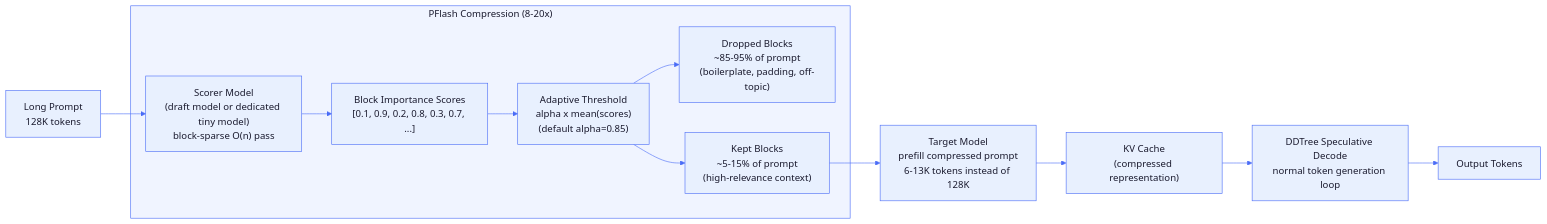
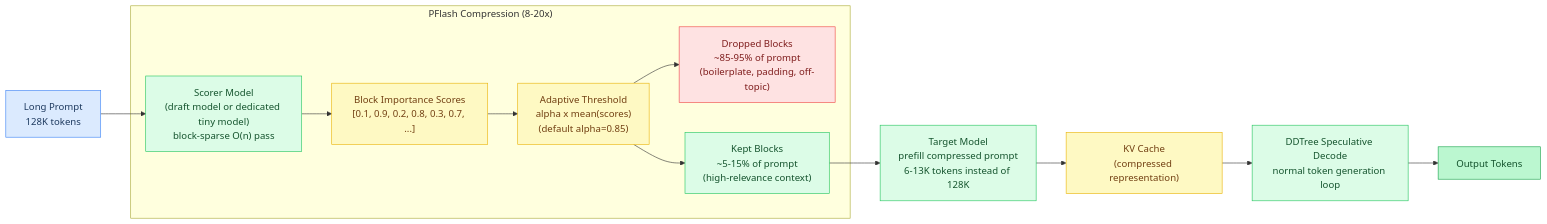
Before and after one commit to maci0/agave: the tenth of 10 diagrams in docs/tutorial/17-speculative-decoding.md, drawn with Mermaid. The commit also changed other lines of this file and 24 other files, not shown here.

First line of the commit message:
docs: convert all mermaid diagrams to classDef semantic colors

````diff
--- a/docs/tutorial/17-speculative-decoding.md
+++ b/docs/tutorial/17-speculative-decoding.md
@@ -641,43 +618,38 @@
 ```mermaid
-%%{init: {'theme': 'base', 'themeVariables': {
-  'primaryColor': '#e8f0fe',
-  'primaryTextColor': '#1a1a2e',
-  'primaryBorderColor': '#4a6cf7',
-  'lineColor': '#4a6cf7',
-  'secondaryColor': '#f0f4ff',
-  'tertiaryColor': '#f8f9ff',
-  'edgeLabelBackground': '#ffffff',
-  'clusterBkg': '#f0f4ff',
-  'clusterBorder': '#4a6cf7',
-  'titleColor': '#1a1a2e',
-  'nodeTextColor': '#1a1a2e',
-  'fontFamily': 'ui-monospace, SFMono-Regular, monospace'
-}}}%%
 flowchart LR
-    Prompt["Long Prompt\n128K tokens"]
+    classDef setup     fill:#dbeafe,stroke:#3b82f6,color:#1e3a5f
+    classDef sync      fill:#dcfce7,stroke:#22c55e,color:#14532d
+    classDef migration fill:#fef9c3,stroke:#eab308,color:#713f12
+    classDef success   fill:#bbf7d0,stroke:#16a34a,color:#14532d
+    classDef danger    fill:#fee2e2,stroke:#ef4444,color:#7f1d1d
+    classDef optional  fill:#f3e8ff,stroke:#9333ea,color:#581c87
 
-    Prompt --> Scorer["Scorer Model\n(draft model or dedicated tiny model)\nblock-sparse O(n) pass"]
+    Prompt["Long Prompt\n128K tokens"]:::setup
+    Scorer["Scorer Model\n(draft model or dedicated tiny model)\nblock-sparse O(n) pass"]:::sync
+    Scores["Block Importance Scores\n[0.1, 0.9, 0.2, 0.8, 0.3, 0.7, ...]"]:::migration
+    Threshold["Adaptive Threshold\nalpha x mean(scores)\n(default alpha=0.85)"]:::migration
+    Drop["Dropped Blocks\n~85-95% of prompt\n(boilerplate, padding, off-topic)"]:::danger
+    Keep["Kept Blocks\n~5-15% of prompt\n(high-relevance context)"]:::sync
+    Target["Target Model\nprefill compressed prompt\n6-13K tokens instead of 128K"]:::sync
+    KVCache["KV Cache\n(compressed representation)"]:::migration
+    Decode["DDTree Speculative Decode\nnormal token generation loop"]:::sync
+    Tokens["Output Tokens"]:::success
 
-    Scorer --> Scores["Block Importance Scores\n[0.1, 0.9, 0.2, 0.8, 0.3, 0.7, ...]"]
-
-    Scores --> Threshold["Adaptive Threshold\nalpha x mean(scores)\n(default alpha=0.85)"]
-
-    Threshold --> Drop["Dropped Blocks\n~85-95% of prompt\n(boilerplate, padding, off-topic)"]
-    Threshold --> Keep["Kept Blocks\n~5-15% of prompt\n(high-relevance context)"]
-
-    Keep --> Target["Target Model\nprefill compressed prompt\n6-13K tokens instead of 128K"]
-
-    Target --> KVCache["KV Cache\n(compressed representation)"]
-
-    KVCache --> Decode["DDTree Speculative Decode\nnormal token generation loop"]
-
-    Decode --> Tokens["Output Tokens"]
+    Prompt --> Scorer
+    Scorer --> Scores
+    Scores --> Threshold
+    Threshold --> Drop
+    Threshold --> Keep
+    Keep --> Target
+    Target --> KVCache
+    KVCache --> Decode
+    Decode --> Tokens
 
     subgraph Compression["PFlash Compression (8-20x)"]
         Scorer
         Scores
         Threshold
         Drop
         Keep
     end
 ```
````
